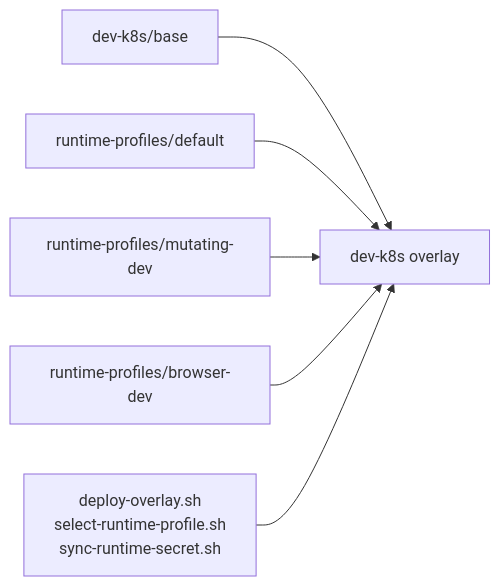
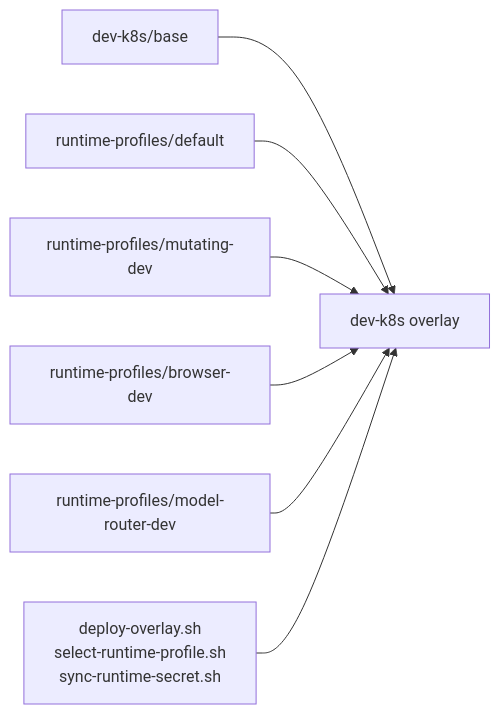
The fifth of 5 diagrams in .qoder/repowiki/en/content/Development Guide/Build System and Deployment Automation/GitOps Deployment with Kustomize/GitOps Deployment with Kustomize.md (metasync/luban-aiops), drawn with Mermaid before and after one commit. The commit also changed other lines of this file and 23 other files, not shown here.

````diff
--- a/.qoder/repowiki/en/content/Development Guide/Build System and Deployment Automation/GitOps Deployment with Kustomize/GitOps Deployment with Kustomize.md
+++ b/.qoder/repowiki/en/content/Development Guide/Build System and Deployment Automation/GitOps Deployment with Kustomize/GitOps Deployment with Kustomize.md
@@ -322,8 +361,9 @@
 ```mermaid
 graph LR
 Base["dev-k8s/base"] --> DevOverlay["dev-k8s overlay"]
 Default["runtime-profiles/default"] --> DevOverlay
 Mutating["runtime-profiles/mutating-dev"] --> DevOverlay
 Browser["runtime-profiles/browser-dev"] --> DevOverlay
+ModelRouter["runtime-profiles/model-router-dev"] --> DevOverlay
 Scripts["deploy-overlay.sh<br/>select-runtime-profile.sh<br/>sync-runtime-secret.sh"] --> DevOverlay
 ```
````
